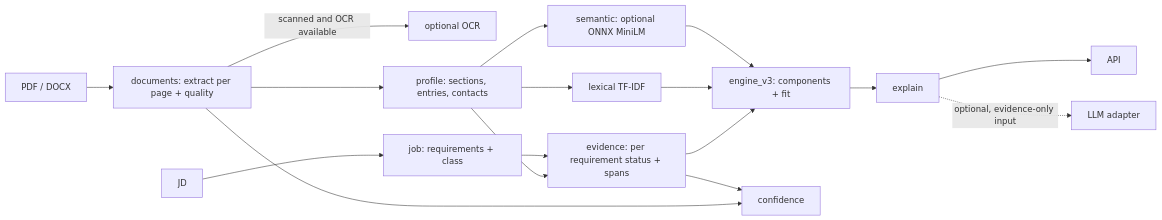
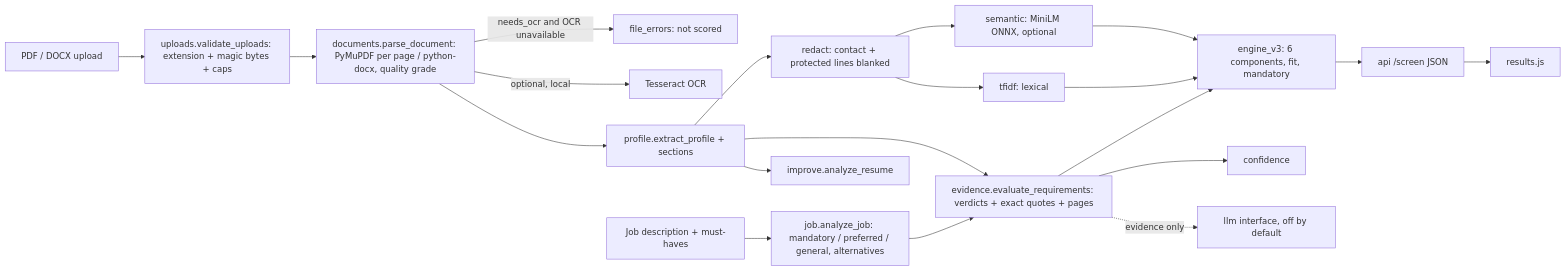
One commit to gagan76565/ai-resume-ranker changed the diagram in docs/ai/AI_ENGINE_ARCHITECTURE.md. Above: the diagram before and after it, drawn with Mermaid. The commit also changed other lines of this file and 7 other files, not shown here.

First line of the commit message:
docs(ai): methodology, architecture, plan/status, persistence proposal, API v2.2

````diff
--- a/docs/ai/AI_ENGINE_ARCHITECTURE.md
+++ b/docs/ai/AI_ENGINE_ARCHITECTURE.md
@@ -43,18 +3,21 @@
 ```mermaid
 flowchart LR
-  F[PDF / DOCX] --> DP[documents: extract per page + quality]
-  DP -->|scanned and OCR available| OCR[optional OCR]
-  DP --> PR[profile: sections, entries, contacts]
-  JD --> JA[job: requirements + class]
-  PR --> EV[evidence: per requirement status + spans]
-  JA --> EV
-  PR --> LX[lexical TF-IDF]
-  PR --> SM[semantic: optional ONNX MiniLM]
-  EV --> S3[engine_v3: components + fit]
+  F[PDF / DOCX upload] --> V[uploads.validate_uploads: extension + magic bytes + caps]
+  V --> DP[documents.parse_document: PyMuPDF per page / python-docx, quality grade]
+  DP -->|needs_ocr and OCR unavailable| SKIP[file_errors: not scored]
+  DP -->|optional, local| OCR[Tesseract OCR]
+  JD[Job description + must-haves] --> JA[job.analyze_job: mandatory / preferred / general, alternatives]
+  DP --> PR[profile.extract_profile + sections]
+  PR --> RD[redact: contact + protected lines blanked]
+  JA --> EV[evidence.evaluate_requirements: verdicts + exact quotes + pages]
+  PR --> EV
+  RD --> LX[tfidf: lexical]
+  RD --> SM[semantic: MiniLM ONNX, optional]
+  EV --> S3[engine_v3: 6 components, fit, mandatory]
   LX --> S3
   SM --> S3
-  DP --> CF[confidence]
-  EV --> CF
-  S3 --> EX[explain] --> API
-  EX -.optional, evidence-only input.-> LLM[LLM adapter]
+  EV --> CF[confidence]
+  S3 --> API[api /screen JSON] --> UI[results.js]
+  EV -. evidence only .-> LLM[llm interface, off by default]
+  PR --> IMP[improve.analyze_resume]
 ```
````
